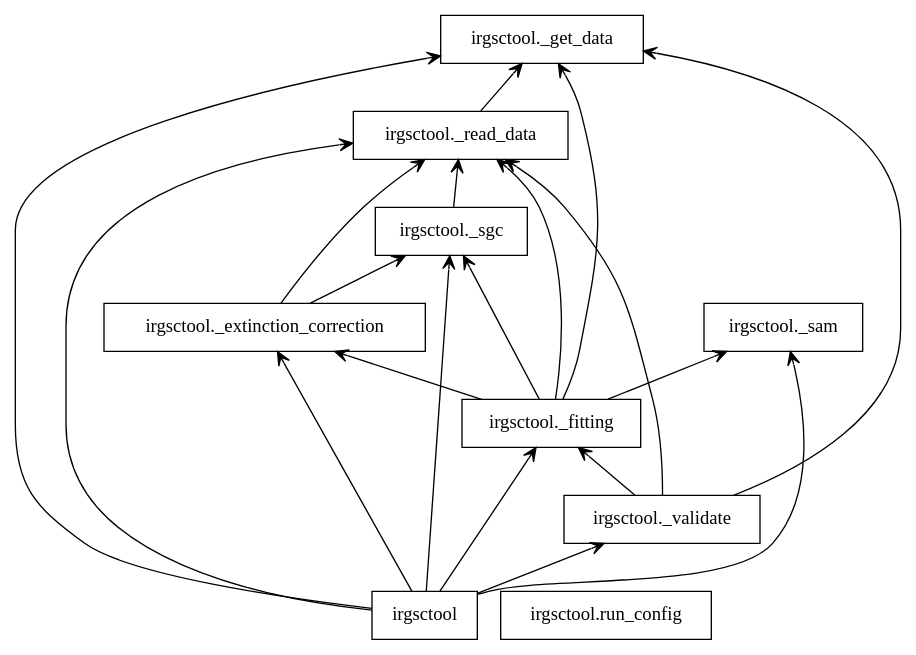
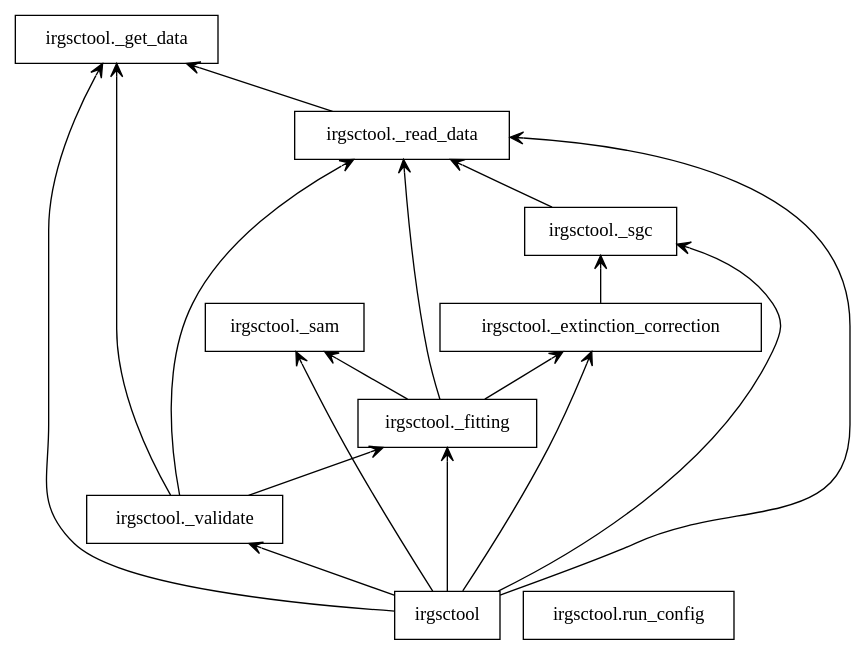
Before and after one commit to sshah1502/irgsc: the diagram in packages.dot, drawn with Graphviz. The commit also changed 2 other files, not shown here.

```diff
--- a/packages.dot
+++ b/packages.dot
@@ -1,32 +1,29 @@
 digraph "packages" {
 rankdir=BT
 charset="utf-8"
 "irgsctool" [color="black", label=<irgsctool>, shape="box", style="solid"];
 "irgsctool._extinction_correction" [color="black", label=<irgsctool._extinction_correction>, shape="box", style="solid"];
 "irgsctool._fitting" [color="black", label=<irgsctool._fitting>, shape="box", style="solid"];
 "irgsctool._get_data" [color="black", label=<irgsctool._get_data>, shape="box", style="solid"];
 "irgsctool._read_data" [color="black", label=<irgsctool._read_data>, shape="box", style="solid"];
 "irgsctool._sam" [color="black", label=<irgsctool._sam>, shape="box", style="solid"];
 "irgsctool._sgc" [color="black", label=<irgsctool._sgc>, shape="box", style="solid"];
 "irgsctool._validate" [color="black", label=<irgsctool._validate>, shape="box", style="solid"];
 "irgsctool.run_config" [color="black", label=<irgsctool.run_config>, shape="box", style="solid"];
 "irgsctool" -> "irgsctool._extinction_correction" [arrowhead="open", arrowtail="none"];
 "irgsctool" -> "irgsctool._fitting" [arrowhead="open", arrowtail="none"];
 "irgsctool" -> "irgsctool._get_data" [arrowhead="open", arrowtail="none"];
 "irgsctool" -> "irgsctool._read_data" [arrowhead="open", arrowtail="none"];
 "irgsctool" -> "irgsctool._sam" [arrowhead="open", arrowtail="none"];
 "irgsctool" -> "irgsctool._sgc" [arrowhead="open", arrowtail="none"];
 "irgsctool" -> "irgsctool._validate" [arrowhead="open", arrowtail="none"];
-"irgsctool._extinction_correction" -> "irgsctool._read_data" [arrowhead="open", arrowtail="none"];
 "irgsctool._extinction_correction" -> "irgsctool._sgc" [arrowhead="open", arrowtail="none"];
 "irgsctool._fitting" -> "irgsctool._extinction_correction" [arrowhead="open", arrowtail="none"];
-"irgsctool._fitting" -> "irgsctool._get_data" [arrowhead="open", arrowtail="none"];
 "irgsctool._fitting" -> "irgsctool._read_data" [arrowhead="open", arrowtail="none"];
 "irgsctool._fitting" -> "irgsctool._sam" [arrowhead="open", arrowtail="none"];
-"irgsctool._fitting" -> "irgsctool._sgc" [arrowhead="open", arrowtail="none"];
 "irgsctool._read_data" -> "irgsctool._get_data" [arrowhead="open", arrowtail="none"];
 "irgsctool._sgc" -> "irgsctool._read_data" [arrowhead="open", arrowtail="none"];
 "irgsctool._validate" -> "irgsctool._fitting" [arrowhead="open", arrowtail="none"];
 "irgsctool._validate" -> "irgsctool._get_data" [arrowhead="open", arrowtail="none"];
 "irgsctool._validate" -> "irgsctool._read_data" [arrowhead="open", arrowtail="none"];
 }
```
